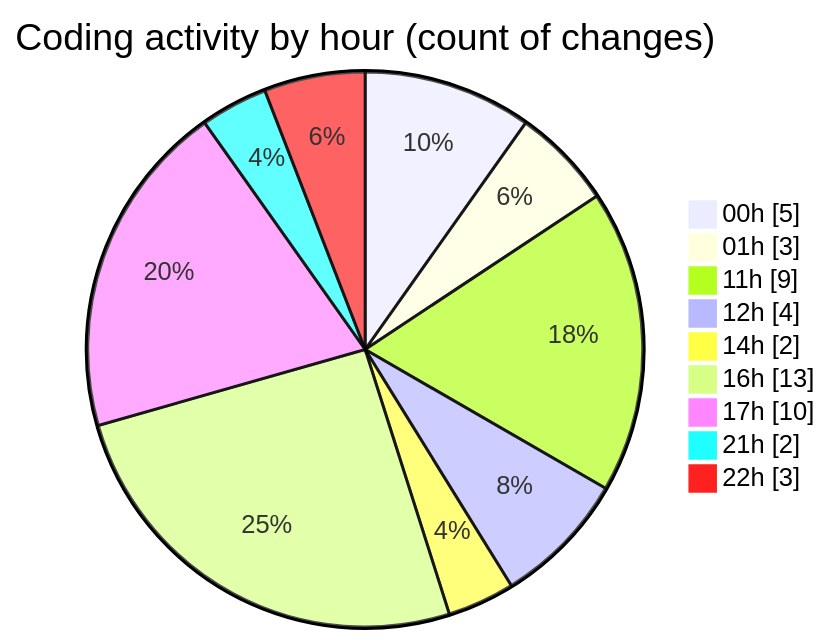
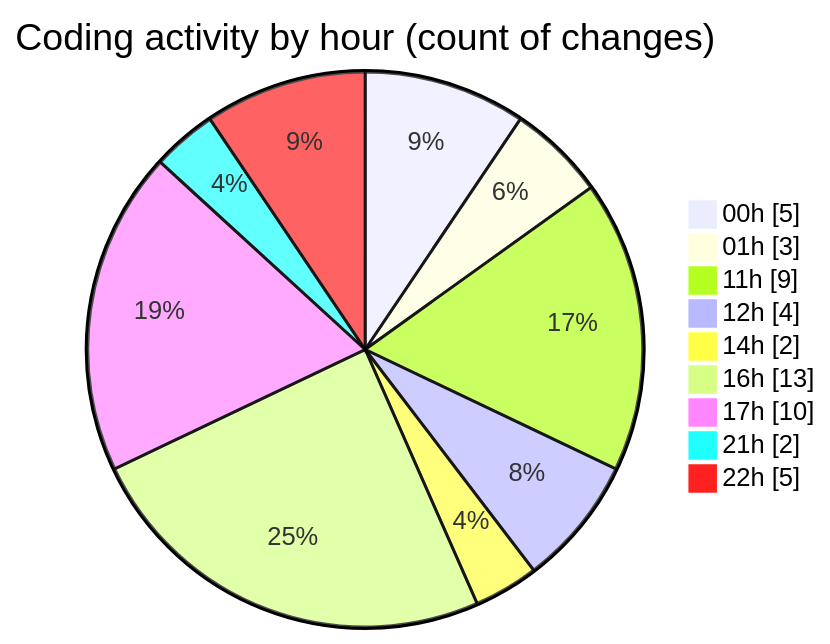
The second of 2 diagrams in 2025-11-16/cdp_aleoudev_fr__workspace_/README.md (julien-gomy/code-tracking), drawn with Mermaid before and after one commit. The commit also changed other lines of this file and 1 other file, not shown here.

````diff
--- a/2025-11-16/cdp_aleoudev_fr__workspace_/README.md
+++ b/2025-11-16/cdp_aleoudev_fr__workspace_/README.md
@@ -43,13 +45,13 @@
 ```mermaid
 pie showData
 title Coding activity by hour (count of changes)
 "00h" : 5
 "01h" : 3
 "11h" : 9
 "12h" : 4
 "14h" : 2
 "16h" : 13
 "17h" : 10
 "21h" : 2
-"22h" : 3
+"22h" : 5
 ```
````
